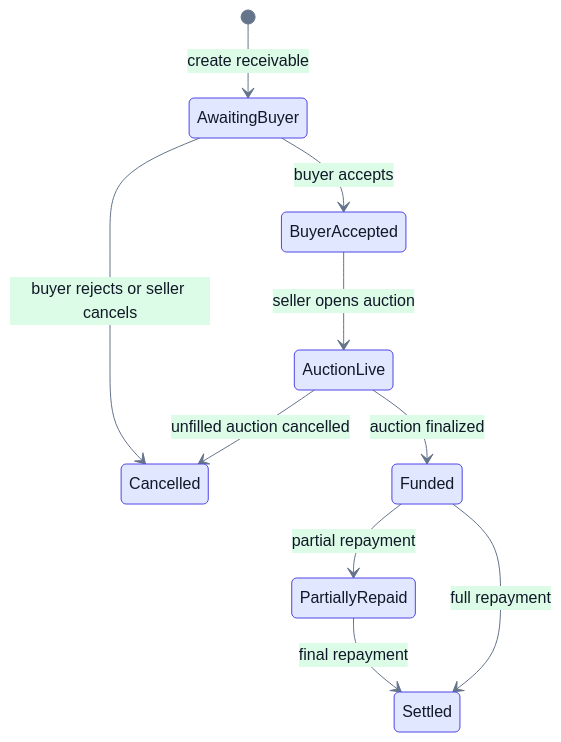
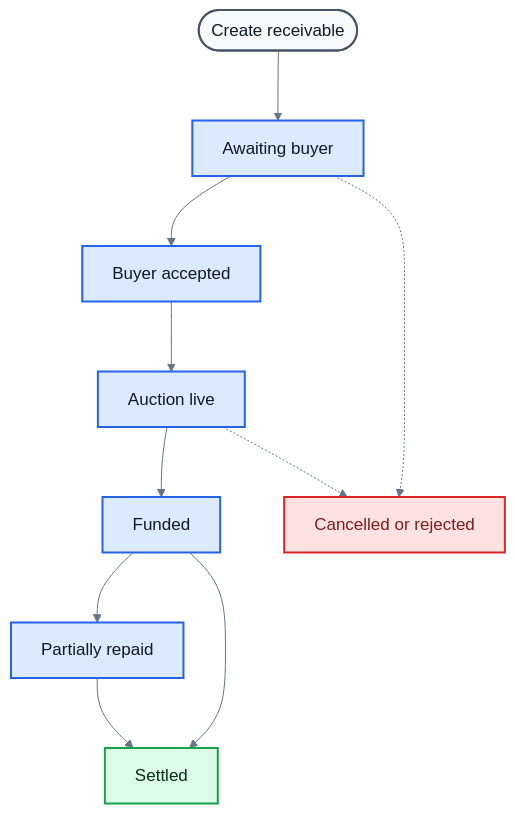
Before and after one commit to NikhilRaikwar/Morrow: the second of 2 diagrams in README.md, drawn with Mermaid. The commit also changed other lines of this file and 3 other files, not shown here.

Commit message:
docs: improve diagrams and search coverage

````diff
--- a/README.md
+++ b/README.md
@@ -62,13 +66,23 @@
 ```mermaid
-%%{init: {"theme":"base","themeVariables":{"fontFamily":"Inter, Arial","primaryColor":"#e0e7ff","primaryTextColor":"#111827","primaryBorderColor":"#4f46e5","secondaryColor":"#dcfce7","tertiaryColor":"#fee2e2","lineColor":"#64748b"}}}%%
-stateDiagram-v2
-  [*] --> AwaitingBuyer: create receivable
-  AwaitingBuyer --> BuyerAccepted: buyer accepts
-  AwaitingBuyer --> Cancelled: buyer rejects or seller cancels
-  BuyerAccepted --> AuctionLive: seller opens auction
-  AuctionLive --> Funded: auction finalized
-  AuctionLive --> Cancelled: unfilled auction cancelled
-  Funded --> PartiallyRepaid: partial repayment
-  PartiallyRepaid --> Settled: final repayment
-  Funded --> Settled: full repayment
+%%{init: {"theme":"base","flowchart":{"nodeSpacing":64,"rankSpacing":70},"themeVariables":{"fontFamily":"Inter, Arial","fontSize":"17px","primaryTextColor":"#0f172a","lineColor":"#64748b"}}}%%
+flowchart TD
+  start(["Create receivable"]):::start
+  awaiting["Awaiting buyer"]:::state
+  accepted["Buyer accepted"]:::state
+  live["Auction live"]:::state
+  funded["Funded"]:::state
+  partial["Partially repaid"]:::state
+  settled["Settled"]:::done
+  cancelled["Cancelled or rejected"]:::stop
+
+  start --> awaiting --> accepted --> live --> funded
+  funded --> partial --> settled
+  funded --> settled
+  awaiting -.-> cancelled
+  live -.-> cancelled
+
+  classDef start fill:#f8fafc,stroke:#475569,color:#0f172a,stroke-width:2px;
+  classDef state fill:#dbeafe,stroke:#2563eb,color:#0f172a,stroke-width:2px;
+  classDef done fill:#dcfce7,stroke:#16a34a,color:#052e16,stroke-width:2px;
+  classDef stop fill:#fee2e2,stroke:#dc2626,color:#7f1d1d,stroke-width:2px;
 ```
````
